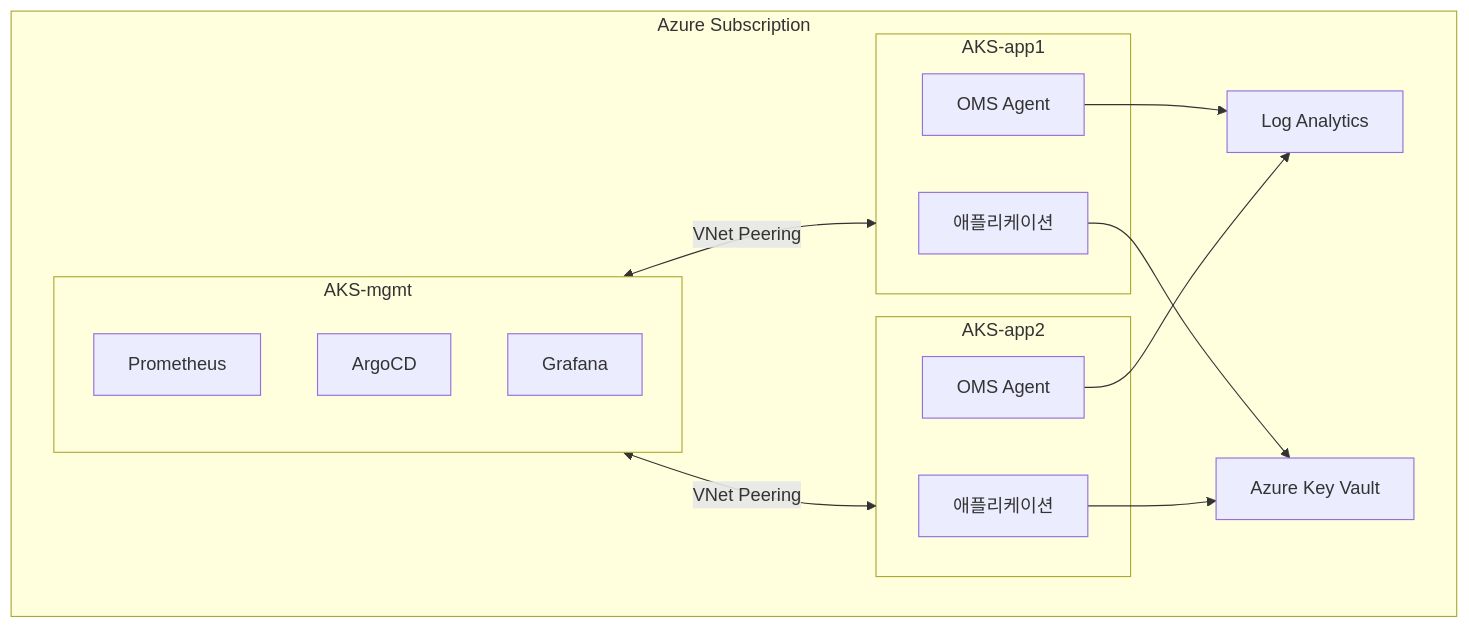
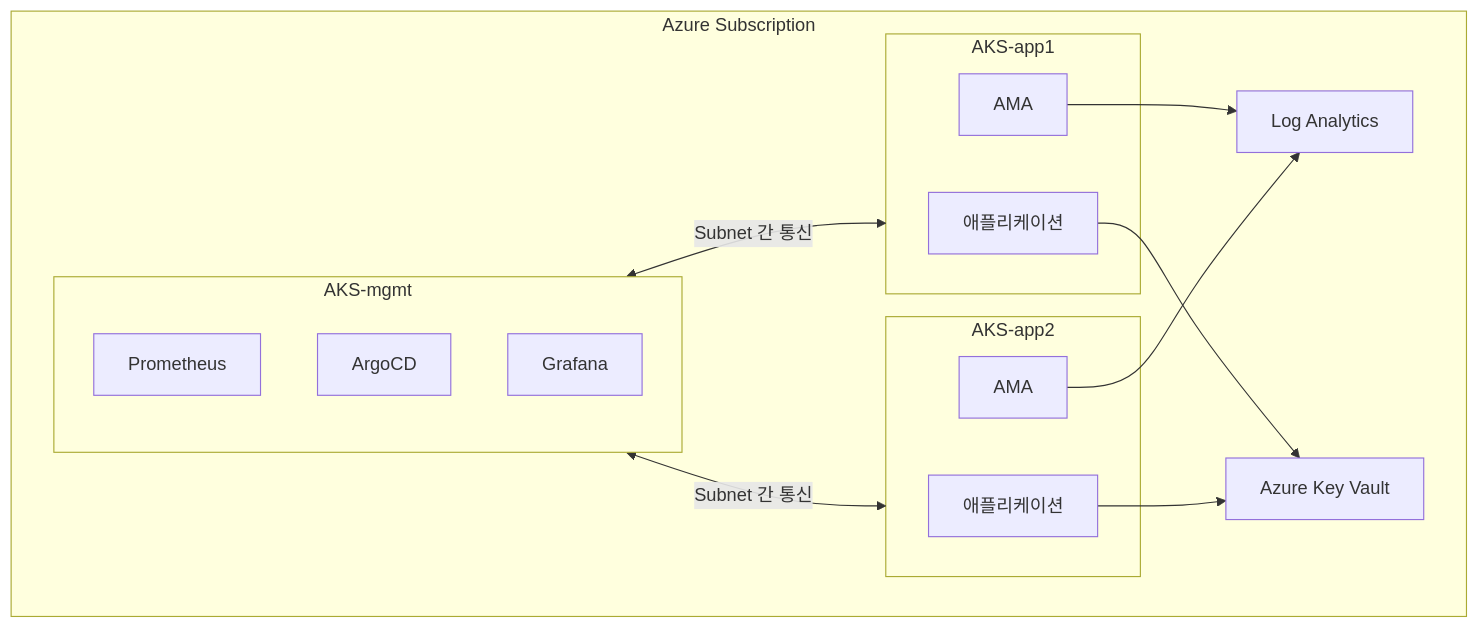
The first of 4 diagrams in document/azure/BLOG-AKS-MULTICLUSTER-ARCHITECTURE.md (bocopile/mac-k8s-multipass-terraform), drawn with Mermaid before and after one commit. The commit also changed other lines of this file and 3 other files, not shown here.

````diff
--- a/document/azure/BLOG-AKS-MULTICLUSTER-ARCHITECTURE.md
+++ b/document/azure/BLOG-AKS-MULTICLUSTER-ARCHITECTURE.md
@@ -39,30 +39,30 @@
 ```mermaid
 flowchart TB
     subgraph Azure["Azure Subscription"]
         subgraph mgmt["AKS-mgmt"]
             Prom["Prometheus"]
             ArgoCD["ArgoCD"]
             Grafana["Grafana"]
         end
 
         subgraph app1["AKS-app1"]
             App1["애플리케이션"]
-            OMS1["OMS Agent"]
+            AMA1["AMA"]
         end
 
         subgraph app2["AKS-app2"]
             App2["애플리케이션"]
-            OMS2["OMS Agent"]
+            AMA2["AMA"]
         end
 
         KV["Azure Key Vault"]
         LAW["Log Analytics"]
     end
 
-    OMS1 --> LAW
-    OMS2 --> LAW
-    mgmt <-->|"VNet Peering"| app1
-    mgmt <-->|"VNet Peering"| app2
+    AMA1 --> LAW
+    AMA2 --> LAW
+    mgmt <-->|"Subnet 간 통신"| app1
+    mgmt <-->|"Subnet 간 통신"| app2
     App1 --> KV
     App2 --> KV
 ```
````
